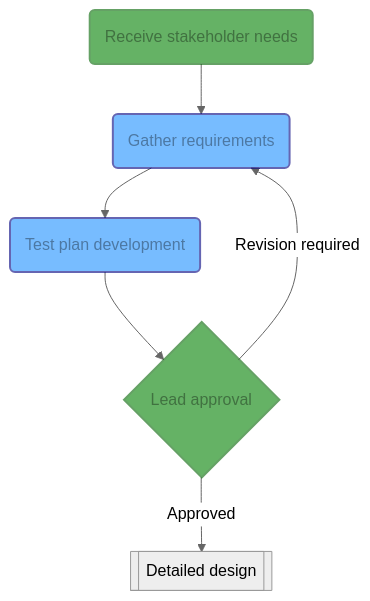
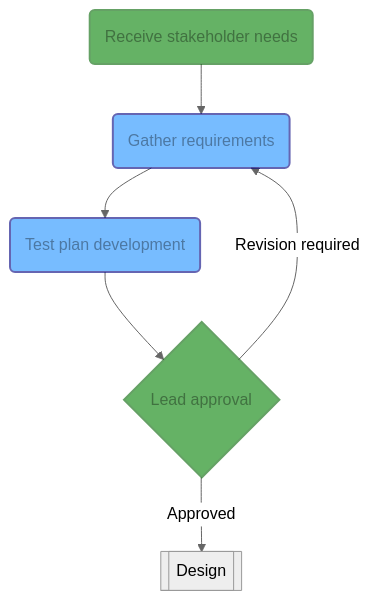
Before and after one commit to nyx-space/quality-assurance: the diagram in docs/process/requirements.md, drawn with Mermaid (neutral theme). The commit also changed 3 other files, not shown here.

````diff
--- a/docs/process/requirements.md
+++ b/docs/process/requirements.md
@@ -1,12 +1,12 @@
 ```mermaid
 graph TD
     RN("Receive stakeholder needs"):::lead --> GR("Gather requirements"):::engr
     GR --> TP("Test plan development"):::engr
     TP --> ReqApproval{"Lead approval"}:::lead
     ReqApproval --> |Revision required| GR
-    ReqApproval --> |Approved| ReqOK[[Detailed design]]
+    ReqApproval --> |Approved| ReqOK[[Design]]
 
 
     classDef lead fill:green,opacity:0.6,stroke:darkgreen,stroke-width:2px,color:black
     classDef engr fill:dodgerblue,opacity:0.6,stroke:navy,stroke-width:2px,color:black
 ```
````
